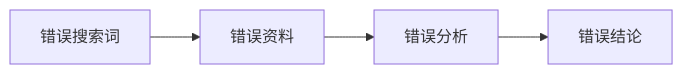
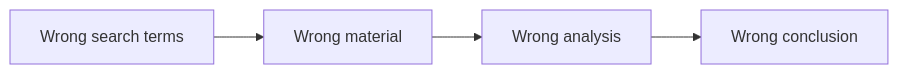
Before and after one commit to oneleaveknowsthefall/awesome-ai-roadmap: the second of 23 diagrams in docs/agent/02-reasoning-planning/12-agent-reflection.md, drawn with Mermaid. The commit also changed other lines of this file and 68 other files, not shown here.

````diff
--- a/docs/agent/02-reasoning-planning/12-agent-reflection.md
+++ b/docs/agent/02-reasoning-planning/12-agent-reflection.md
@@ -59,6 +59,6 @@
 ```mermaid
 flowchart LR
-    A[错误搜索词] --> B[错误资料]
-    B --> C[错误分析]
-    C --> D[错误结论]
+    A[Wrong search terms] --> B[Wrong material]
+    B --> C[Wrong analysis]
+    C --> D[Wrong conclusion]
 ```
````
